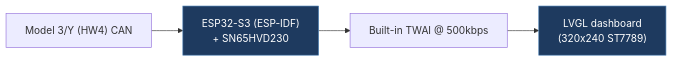
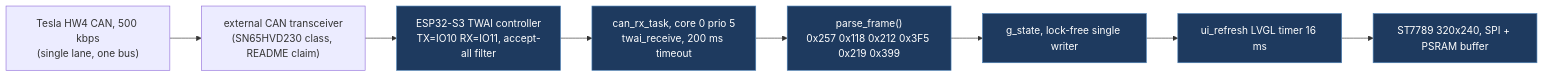
The first of 2 diagrams in docs/legacy/nicholasyangyang-ESP32-dash-direct.md (babico/TeslaCANModder), drawn with Mermaid before and after one commit. The commit also changed other lines of this file and 99 other files, not shown here.

````diff
--- a/docs/legacy/nicholasyangyang-ESP32-dash-direct.md
+++ b/docs/legacy/nicholasyangyang-ESP32-dash-direct.md
@@ -19,8 +69,12 @@
 ```mermaid
 flowchart LR
-    Car["Model 3/Y (HW4) CAN"] --> ESP32["ESP32-S3 (ESP-IDF)<br/>+ SN65HVD230"]
-    ESP32 --> TWAI["Built-in TWAI @ 500kbps"]
-    TWAI --> LVGL["LVGL dashboard<br/>(320x240 ST7789)"]
-    classDef path fill:#1e3a5f,stroke:#4a7fb5,color:#fff
-    class ESP32,LVGL path
+    Car["Tesla HW4 CAN, 500 kbps<br/>(single lane, one bus)"] --> XCVR["external CAN transceiver<br/>(SN65HVD230 class, README claim)"]
+    XCVR --> TWAI["ESP32-S3 TWAI controller<br/>TX=IO10 RX=IO11, accept-all filter"]
+    TWAI --> Rx["can_rx_task, core 0 prio 5<br/>twai_receive, 200 ms timeout"]
+    Rx --> Parse["parse_frame()<br/>0x257 0x118 0x212 0x3F5 0x219 0x399"]
+    Parse --> State["g_state, lock-free single writer"]
+    State --> Ui["ui_refresh LVGL timer 16 ms"]
+    Ui --> Lcd["ST7789 320x240, SPI + PSRAM buffer"]
+    classDef stage fill:#1e3a5f,stroke:#4a7fb5,color:#fff
+    class TWAI,Rx,Parse,State,Ui,Lcd stage
 ```
````
